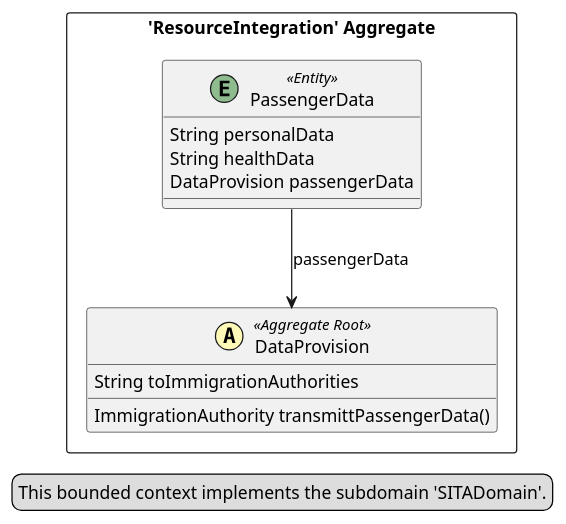
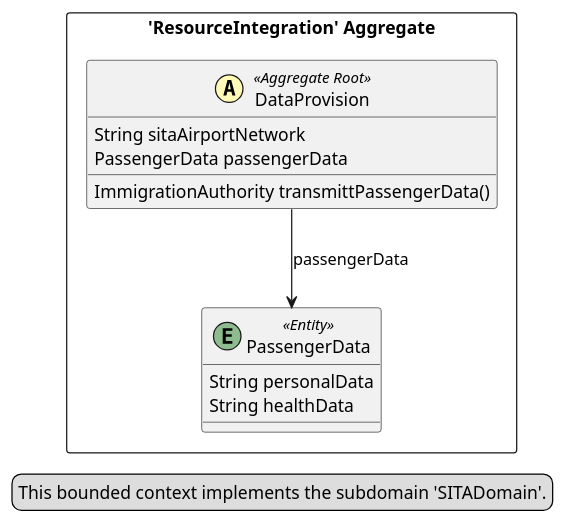
One commit to NormanBaechtold/ServiceSystem changed the diagram in src-gen/serviceSystem_BC_SITA.puml. Above: the diagram before and after it, drawn with PlantUML. The commit also changed 57 other files, not shown here.

```diff
--- a/src-gen/serviceSystem_BC_SITA.puml
+++ b/src-gen/serviceSystem_BC_SITA.puml
@@ -1,22 +1,22 @@
 @startuml
 
 skinparam componentStyle uml2
 
 package "'ResourceIntegration' Aggregate" <<Rectangle>> {
 	class PassengerData <<(E,DarkSeaGreen) Entity>> {
 		String personalData
 		String healthData
-		DataProvision passengerData
 	}
 	class DataProvision <<(A,#fffab8) Aggregate Root>> {
-		String toImmigrationAuthorities
+		String sitaAirportNetwork
+		PassengerData passengerData
 		ImmigrationAuthority transmittPassengerData()
 	}
 }
-PassengerData --> DataProvision : passengerData
+DataProvision --> PassengerData : passengerData
 legend left
   This bounded context implements the subdomain 'SITADomain'.
 end legend
 
 
 @enduml
```
